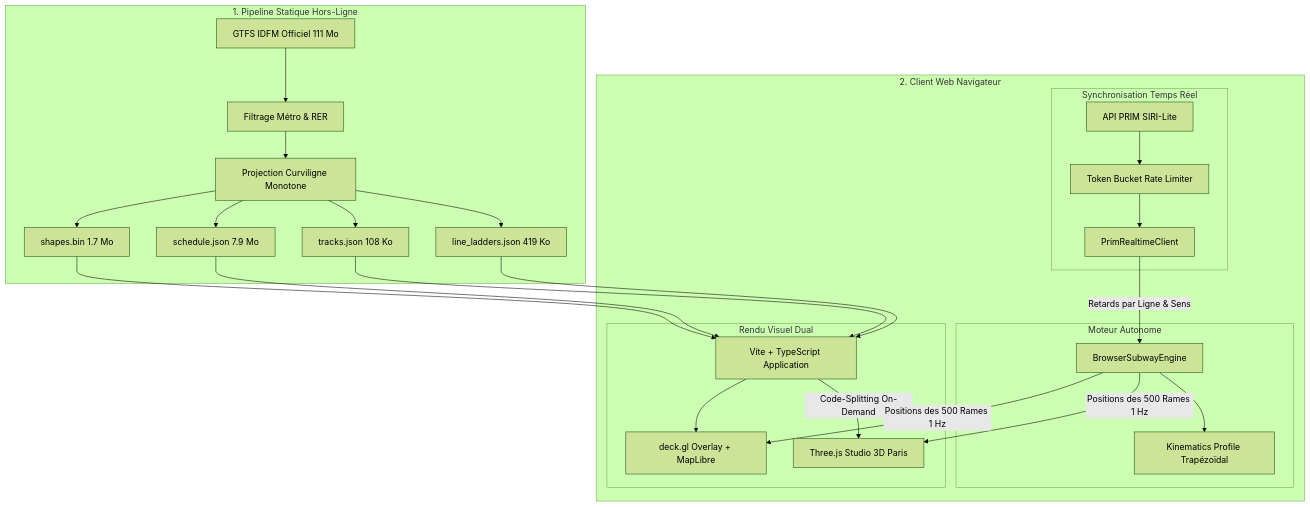
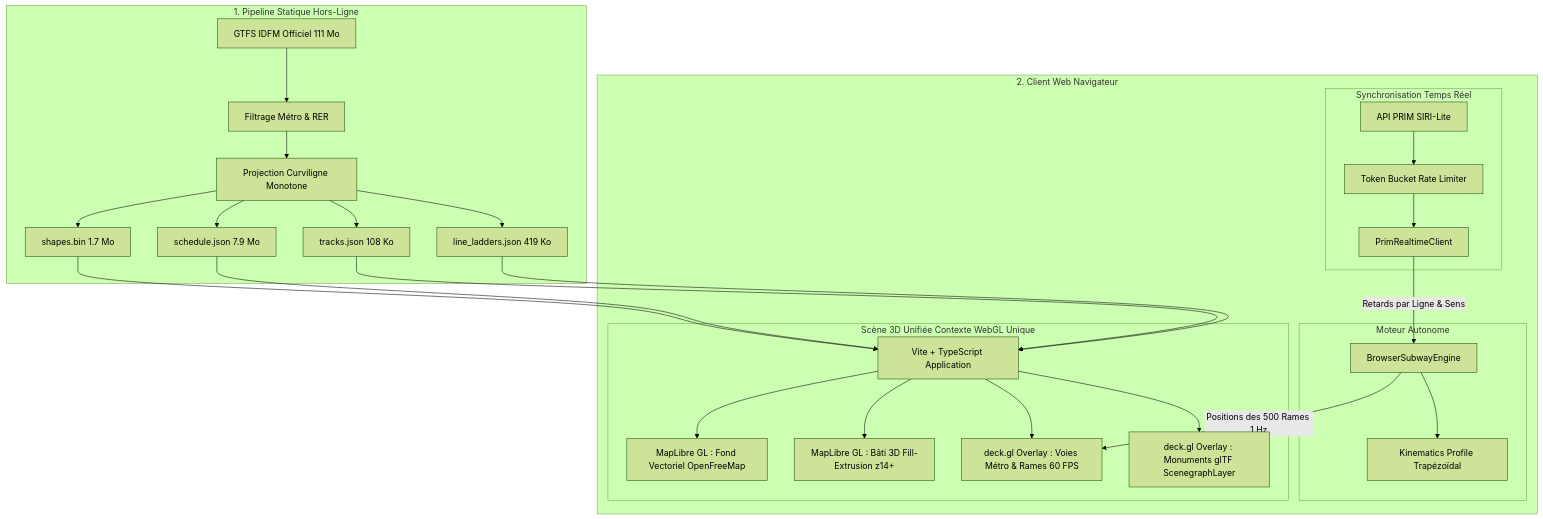
The diagram in docs/ARCHITECTURE.md (Morgan98800/GlobalMetro3D), drawn with Mermaid (forest theme) before and after one commit. The commit also changed other lines of this file and 1 other file, not shown here.

Commit message:
docs(migration): step 5 - document unified 3D architecture, single WebGL context, glTF registry

````diff
--- a/docs/ARCHITECTURE.md
+++ b/docs/ARCHITECTURE.md
@@ -19,37 +19,38 @@
 ```mermaid
 graph TD
     subgraph 1. Pipeline Statique Hors-Ligne
         A[GTFS IDFM Officiel 111 Mo] --> B[Filtrage Métro & RER]
         B --> C[Projection Curviligne Monotone]
         C --> D1[shapes.bin 1.7 Mo]
         C --> D2[schedule.json 7.9 Mo]
         C --> D3[tracks.json 108 Ko]
         C --> D4[line_ladders.json 419 Ko]
     end
 
     subgraph 2. Client Web Navigateur
         E[Vite + TypeScript Application]
         D1 & D2 & D3 & D4 --> E
         
         subgraph Moteur Autonome
             F[BrowserSubwayEngine]
             G[Kinematics Profile Trapézoïdal]
             F --> G
         end
         
         subgraph Synchronisation Temps Réel
             H[API PRIM SIRI-Lite] --> I[Token Bucket Rate Limiter]
             I --> J[PrimRealtimeClient]
             J -->|Retards par Ligne & Sens| F
         end
 
-        subgraph Rendu Visuel Dual
-            K[deck.gl Overlay + MapLibre]
-            L[Three.js Studio 3D Paris]
-            E --> K
-            E -->|Code-Splitting On-Demand| L
+        subgraph Scène 3D Unifiée Contexte WebGL Unique
+            K1[MapLibre GL : Fond Vectoriel OpenFreeMap]
+            K2[MapLibre GL : Bâti 3D Fill-Extrusion z14+]
+            K3[deck.gl Overlay : Voies Métro & Rames 60 FPS]
+            K4[deck.gl Overlay : Monuments glTF ScenegraphLayer]
+            E --> K1 & K2 & K3 & K4
         end
 
-        F -->|Positions des 500 Rames 1 Hz| K & L
+        F -->|Positions des 500 Rames 1 Hz| K3
     end
 ```
````
